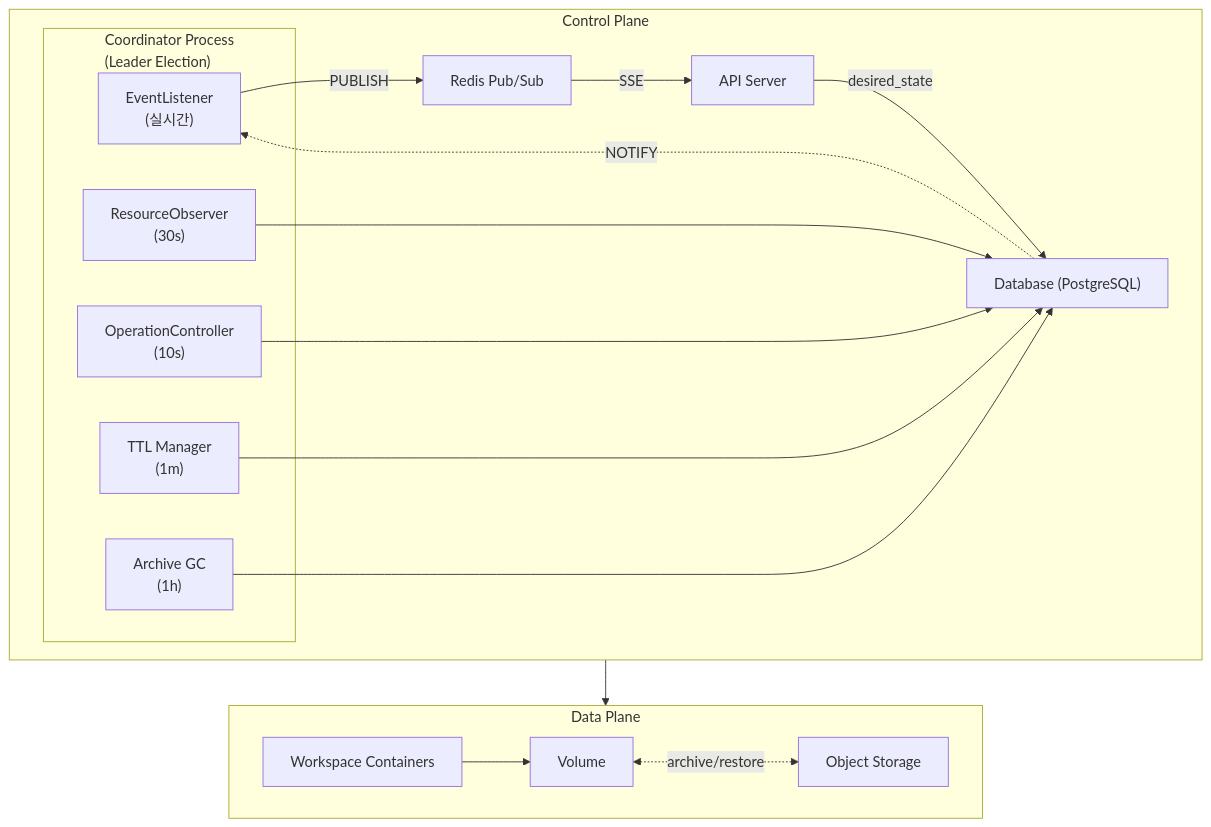
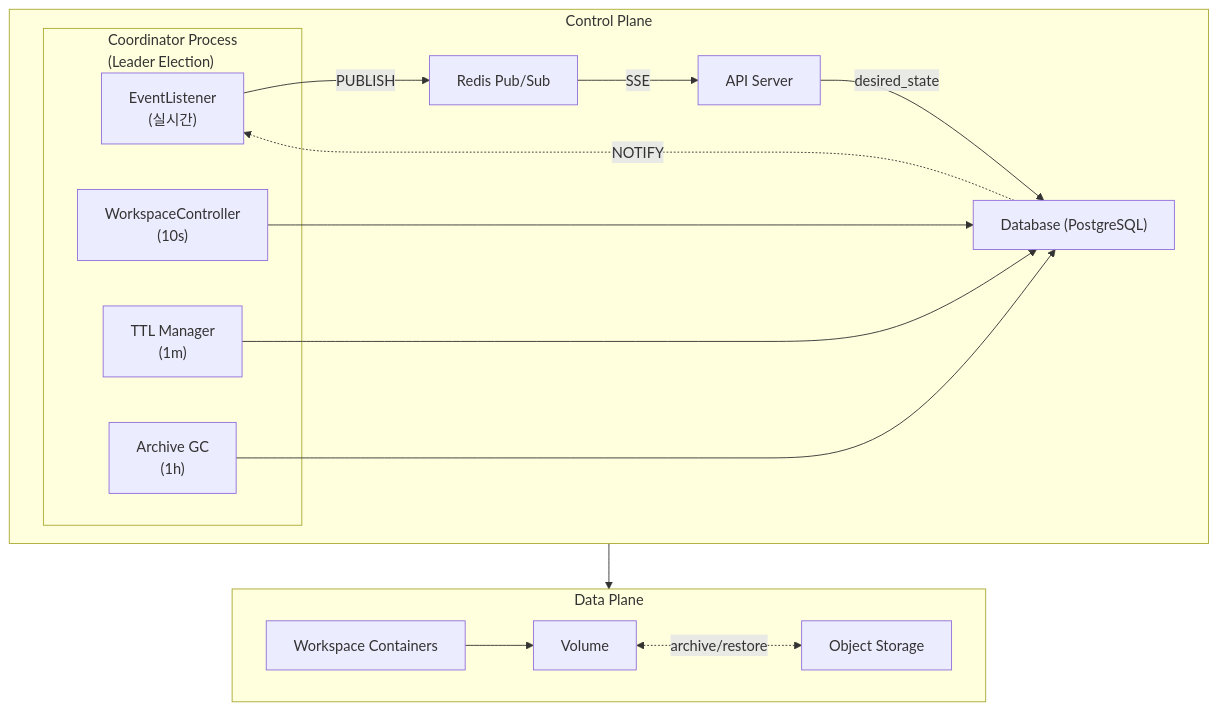
The diagram in docs/spec_v2/README.md (cagojeiger/code-hub), drawn with Mermaid before and after one commit. The commit also changed other lines of this file and 6 other files, not shown here.

First line of the commit message:
docs(spec_v2): merge RO+OC into WorkspaceController and simplify error columns

````diff
--- a/docs/spec_v2/README.md
+++ b/docs/spec_v2/README.md
@@ -15,37 +15,35 @@
 ```mermaid
 flowchart TB
     subgraph ControlPlane["Control Plane"]
         API["API Server"]
 
         subgraph Coordinator["Coordinator Process<br/>(Leader Election)"]
             EL["EventListener<br/>(실시간)"]
-            RO["ResourceObserver<br/>(30s)"]
-            OC["OperationController<br/>(10s)"]
+            WC["WorkspaceController<br/>(10s)"]
             TTL["TTL Manager<br/>(1m)"]
             GC["Archive GC<br/>(1h)"]
         end
 
         DB["Database (PostgreSQL)"]
         Redis["Redis Pub/Sub"]
 
         API -->|"desired_state"| DB
-        RO --> DB
-        OC --> DB
+        WC --> DB
         TTL --> DB
         GC --> DB
         DB -.->|"NOTIFY"| EL
         EL -->|"PUBLISH"| Redis
         Redis -->|"SSE"| API
     end
 
     subgraph DataPlane["Data Plane"]
-        WC["Workspace Containers"]
+        WSC["Workspace Containers"]
         VOL["Volume"]
         S3["Object Storage"]
 
-        WC --> VOL
+        WSC --> VOL
         VOL <-.->|"archive/restore"| S3
     end
 
     ControlPlane --> DataPlane
 ```
````
